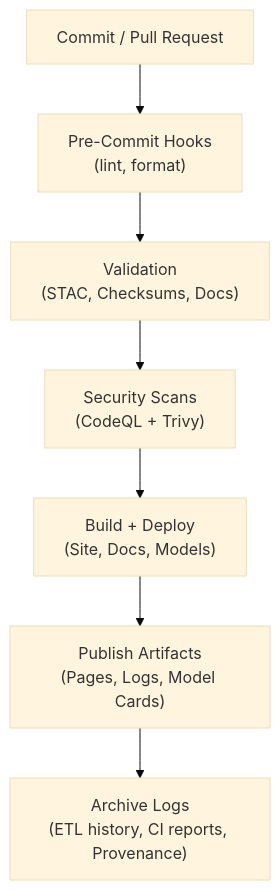
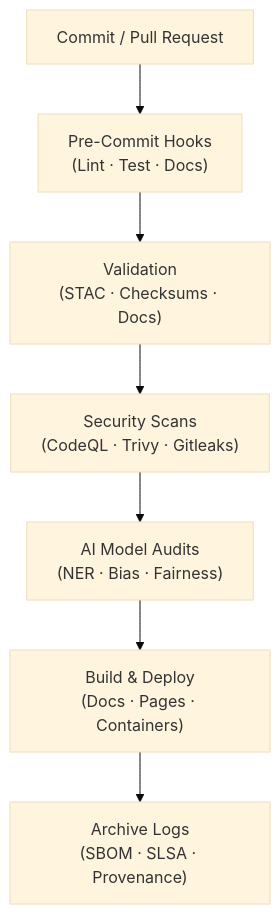
The first of 3 diagrams in .github/README.md (bartytime4life/Kansas-Frontier-Matrix), drawn with Mermaid (base theme) before and after one commit. The commit also changed other lines of this file, not shown here.

````diff
--- a/.github/README.md
+++ b/.github/README.md
@@ -64,10 +85,9 @@
 ```mermaid
 flowchart TD
-  A["Commit / Pull Request"] --> B["Pre-Commit Hooks<br/>(lint, format)"]
-  B --> C["Validation<br/>(STAC, Checksums, Docs)"]
-  C --> D["Security Scans<br/>(CodeQL + Trivy)"]
-  D --> E["Build + Deploy<br/>(Site, Docs, Models)"]
-  E --> F["Publish Artifacts<br/>(Pages, Logs, Model Cards)"]
-  F --> G["Archive Logs<br/>(ETL history, CI reports, Provenance)"]
-%% END OF MERMAID
+  A["Commit / Pull Request"] --> B["Pre-Commit Hooks<br/>(Lint · Test · Docs)"]
+  B --> C["Validation<br/>(STAC · Checksums · Docs)"]
+  C --> D["Security Scans<br/>(CodeQL · Trivy · Gitleaks)"]
+  D --> E["AI Model Audits<br/>(NER · Bias · Fairness)"]
+  E --> F["Build & Deploy<br/>(Docs · Pages · Containers)"]
+  F --> G["Archive Logs<br/>(SBOM · SLSA · Provenance)"]
 ```
````
